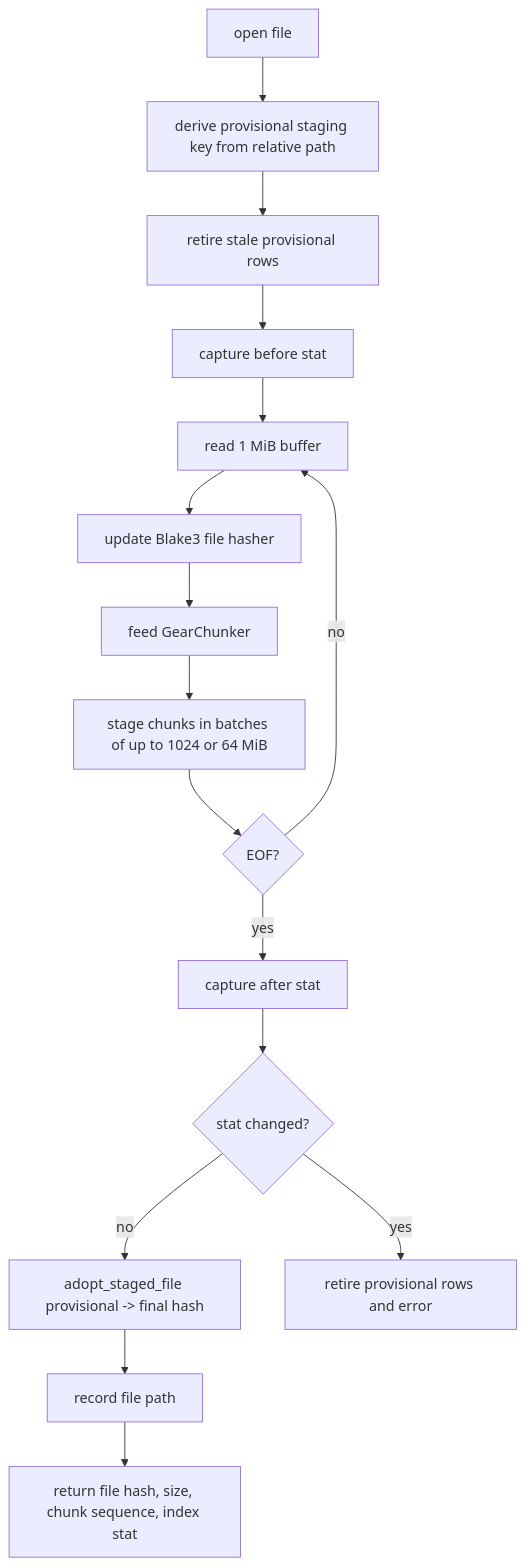
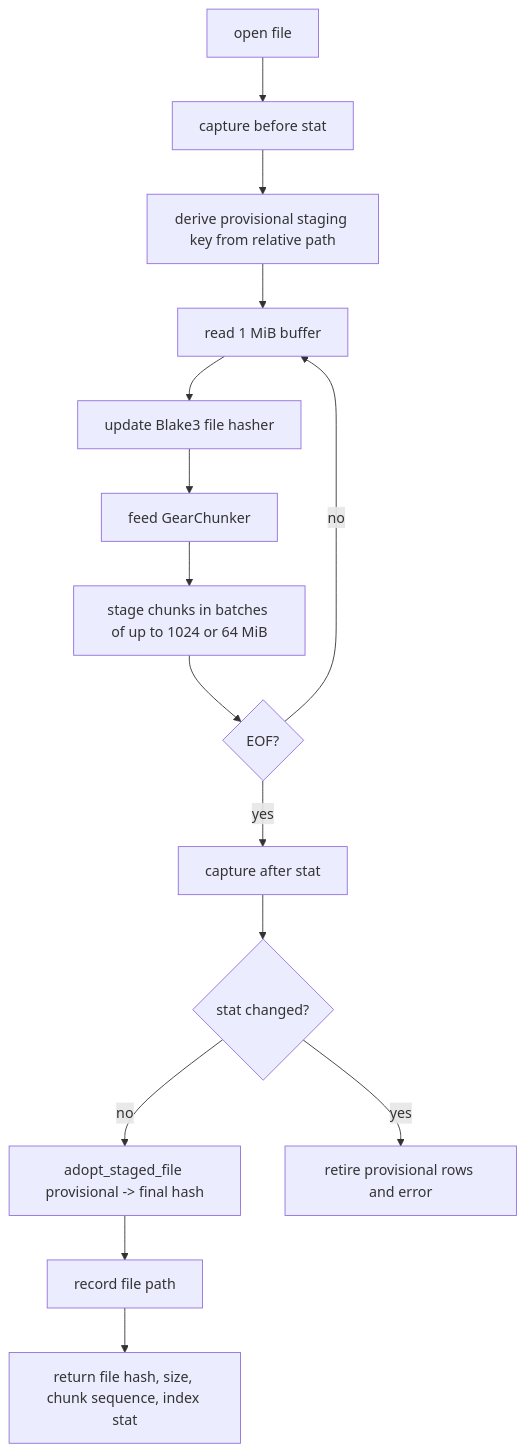
The third of 5 diagrams in crab/docs/design/add.md (crabbuild/crab), drawn with Mermaid before and after one commit. The commit also changed other lines of this file and 29 other files, not shown here.

````diff
--- a/crab/docs/design/add.md
+++ b/crab/docs/design/add.md
@@ -113,25 +125,24 @@
 ```mermaid
 flowchart TD
     start[open file]
     key[derive provisional staging key from relative path]
-    retire[retire stale provisional rows]
     stat1[capture before stat]
     read[read 1 MiB buffer]
     hash[update Blake3 file hasher]
     cdc[feed GearChunker]
     batch[stage chunks in batches of up to 1024 or 64 MiB]
     eof{EOF?}
     stat2[capture after stat]
     changed{stat changed?}
     adopt[adopt_staged_file provisional -> final hash]
     record[record file path]
     done[return file hash, size, chunk sequence, index stat]
     cleanup[retire provisional rows and error]
 
-    start --> key --> retire --> stat1 --> read
+    start --> stat1 --> key --> read
     read --> hash --> cdc --> batch --> eof
     eof -- no --> read
     eof -- yes --> stat2 --> changed
     changed -- yes --> cleanup
     changed -- no --> adopt --> record --> done
 ```
````
